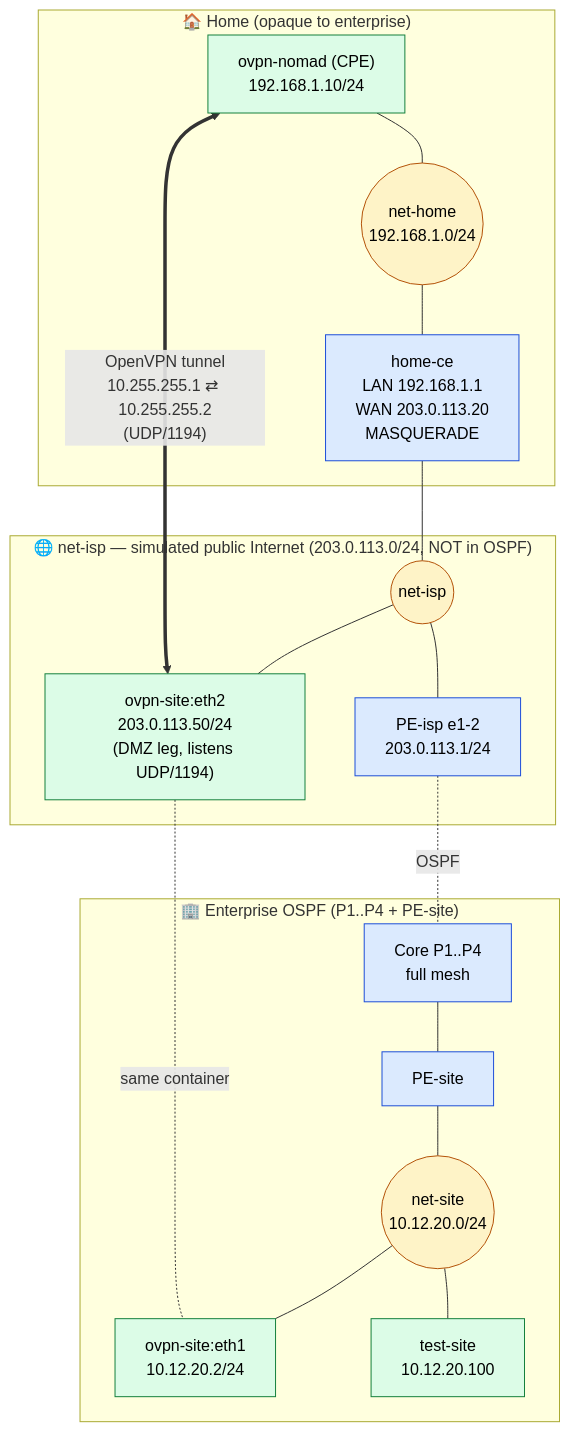
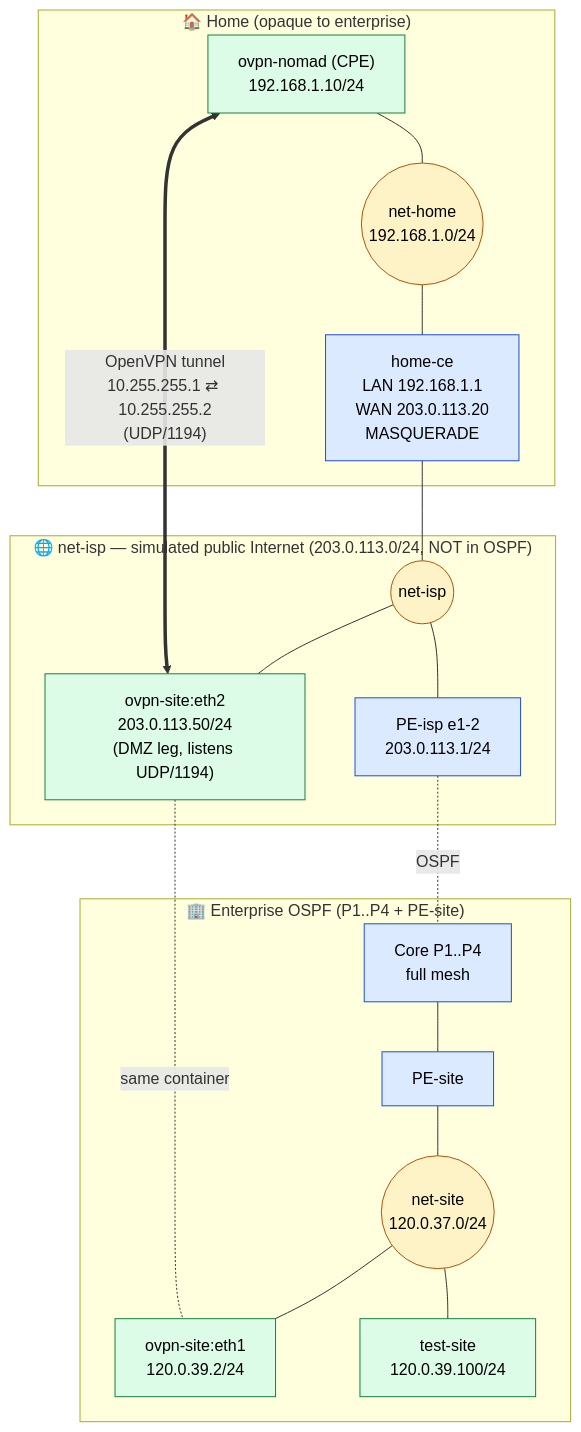
One commit to yfgrepcat/CrISP changed the diagram in vpn/README.md. Above: the diagram before and after it, drawn with Mermaid. The commit also changed other lines of this file and 21 other files, not shown here.

````diff
--- a/vpn/README.md
+++ b/vpn/README.md
@@ -11,41 +11,41 @@
 ```mermaid
 flowchart TB
     subgraph home["🏠 Home (opaque to enterprise)"]
         nomad["ovpn-nomad (CPE)<br/>192.168.1.10/24"]
         neth(("net-home<br/>192.168.1.0/24"))
         ce["home-ce<br/>LAN 192.168.1.1<br/>WAN 203.0.113.20<br/>MASQUERADE"]
         nomad --- neth --- ce
     end
 
     subgraph public["🌐 net-isp — simulated public Internet (203.0.113.0/24, NOT in OSPF)"]
         nisp(("net-isp"))
         peisp["PE-isp e1-2<br/>203.0.113.1/24"]
         sitepub["ovpn-site:eth2<br/>203.0.113.50/24<br/>(DMZ leg, listens UDP/1194)"]
         nisp --- peisp
         nisp --- sitepub
     end
 
     subgraph ent["🏢 Enterprise OSPF (P1..P4 + PE-site)"]
         core["Core P1..P4<br/>full mesh"]
         pesite["PE-site"]
-        nsite(("net-site<br/>10.12.20.0/24"))
-        siteint["ovpn-site:eth1<br/>10.12.20.2/24"]
-        testsite["test-site<br/>10.12.20.100"]
+        nsite(("net-site<br/>120.0.37.0/24"))
+        siteint["ovpn-site:eth1<br/>120.0.39.2/24"]
+        testsite["test-site<br/>120.0.39.100/24"]
         peisp -. OSPF .- core
         core --- pesite --- nsite
         nsite --- siteint
         nsite --- testsite
     end
 
     ce --- nisp
     sitepub -. same container .- siteint
 
     nomad <== "OpenVPN tunnel<br/>10.255.255.1 ⇄ 10.255.255.2<br/>(UDP/1194)" ==> sitepub
 
     classDef bridge fill:#fef3c7,stroke:#b45309,color:#000;
     classDef router fill:#dbeafe,stroke:#1d4ed8,color:#000;
     classDef host fill:#dcfce7,stroke:#15803d,color:#000;
     class neth,nisp,nsite bridge;
     class peisp,core,pesite,ce router;
     class nomad,sitepub,siteint,testsite host;
 ```
````
